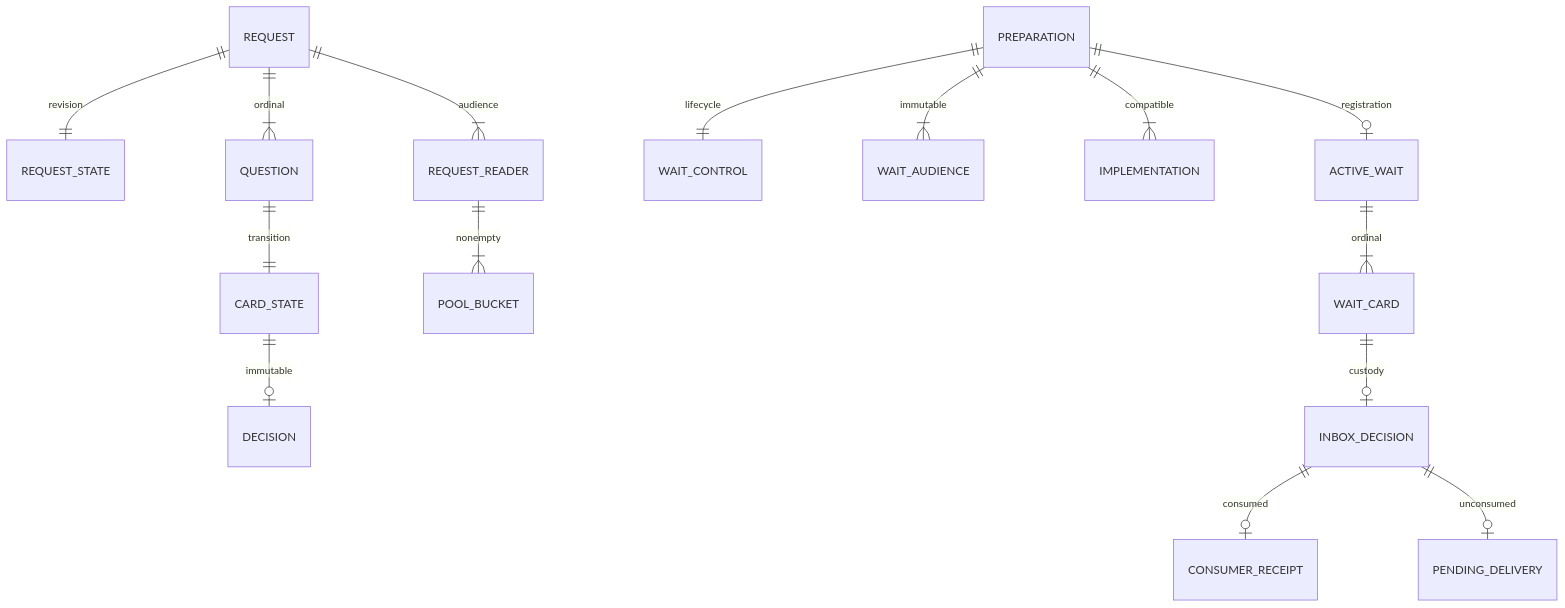
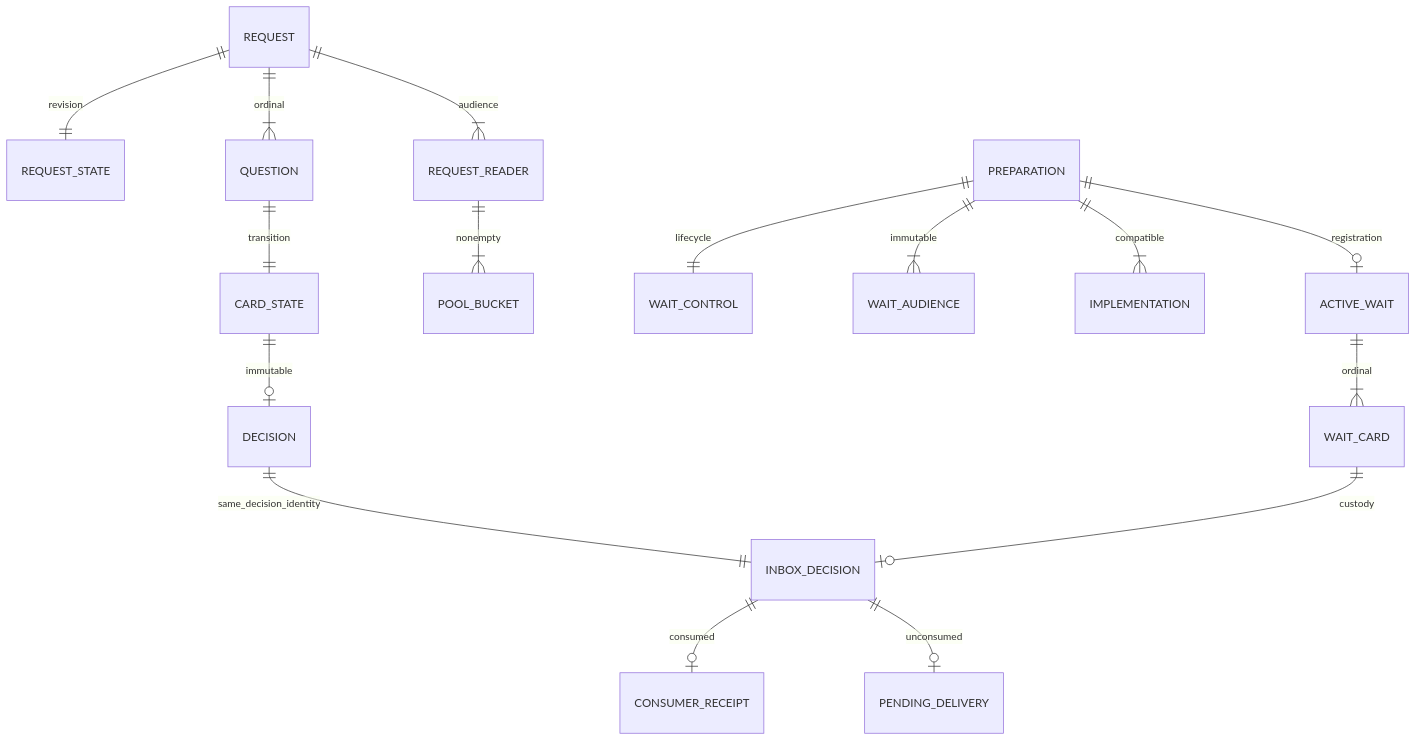
Before and after one commit to nemori-ai/omne-harness-lite: the diagram in packages/human-intervention/human-intervention-local/docs/object-model.md, drawn with Mermaid. The commit also changed other lines of this file and 40 other files, not shown here.

````diff
--- a/packages/human-intervention/human-intervention-local/docs/object-model.md
+++ b/packages/human-intervention/human-intervention-local/docs/object-model.md
@@ -5,17 +5,18 @@
 ```mermaid
 erDiagram
   REQUEST ||--|| REQUEST_STATE : revision
   REQUEST ||--|{ QUESTION : ordinal
   QUESTION ||--|| CARD_STATE : transition
   CARD_STATE ||--o| DECISION : immutable
   REQUEST ||--|{ REQUEST_READER : audience
   REQUEST_READER ||--|{ POOL_BUCKET : nonempty
   PREPARATION ||--|| WAIT_CONTROL : lifecycle
   PREPARATION ||--|{ WAIT_AUDIENCE : immutable
   PREPARATION ||--|{ IMPLEMENTATION : compatible
   PREPARATION ||--o| ACTIVE_WAIT : registration
   ACTIVE_WAIT ||--|{ WAIT_CARD : ordinal
   WAIT_CARD ||--o| INBOX_DECISION : custody
   INBOX_DECISION ||--o| CONSUMER_RECEIPT : consumed
   INBOX_DECISION ||--o| PENDING_DELIVERY : unconsumed
+  DECISION ||--|| INBOX_DECISION : same_decision_identity
 ```
````
